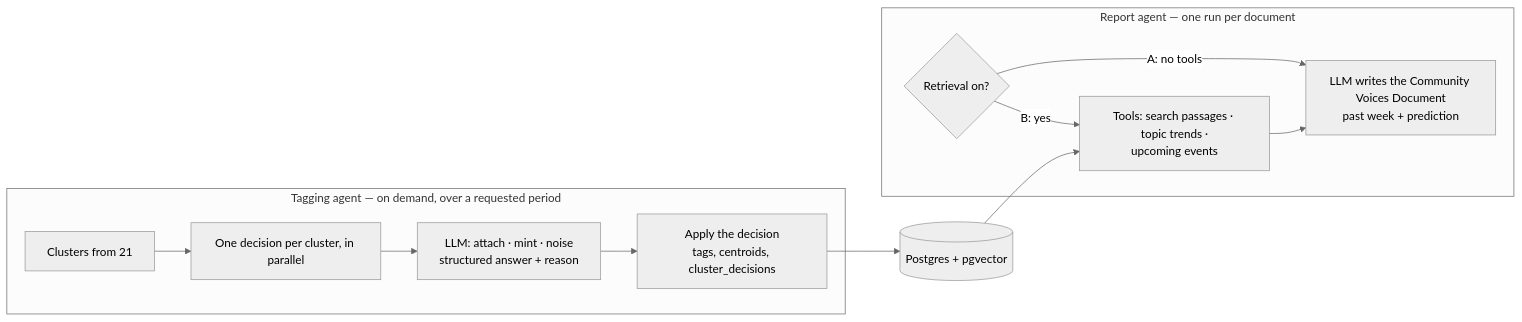
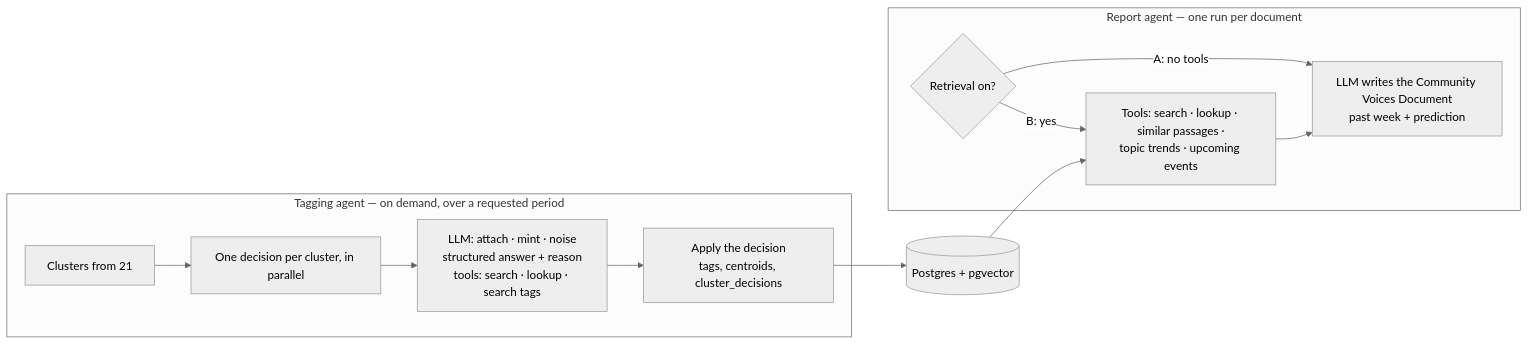
One commit to brianaderer/transcendent changed the diagram in docs/atlas/60-agents.md. Above: the diagram before and after it, drawn with Mermaid (neutral theme). The commit also changed other lines of this file and 1 other file, not shown here.

Commit message:
Atlas: 60 (draft) search and lookup tools for both agents

````diff
--- a/docs/atlas/60-agents.md
+++ b/docs/atlas/60-agents.md
@@ -9,19 +11,19 @@
 ```mermaid
 flowchart LR
     subgraph TAG["Tagging agent — on demand, over a requested period"]
         C["Clusters from 21"]
         FAN["One decision per cluster, in parallel"]
-        DEC["LLM: attach · mint · noise<br/>structured answer + reason"]
+        DEC["LLM: attach · mint · noise<br/>structured answer + reason<br/>tools: search · lookup · search tags"]
         APPLY["Apply the decision<br/>tags, centroids, cluster_decisions"]
         C --> FAN --> DEC --> APPLY
     end
     subgraph REP["Report agent — one run per document"]
         SW{"Retrieval on?"}
-        TOOLS["Tools: search passages · topic trends ·<br/>upcoming events"]
+        TOOLS["Tools: search · lookup · similar passages ·<br/>topic trends · upcoming events"]
         WRITE["LLM writes the Community Voices Document<br/>past week + prediction"]
         SW -->|"B: yes"| TOOLS --> WRITE
         SW -->|"A: no tools"| WRITE
     end
     APPLY --> STORE[("Postgres + pgvector")]
     STORE --> TOOLS
 ```
````
